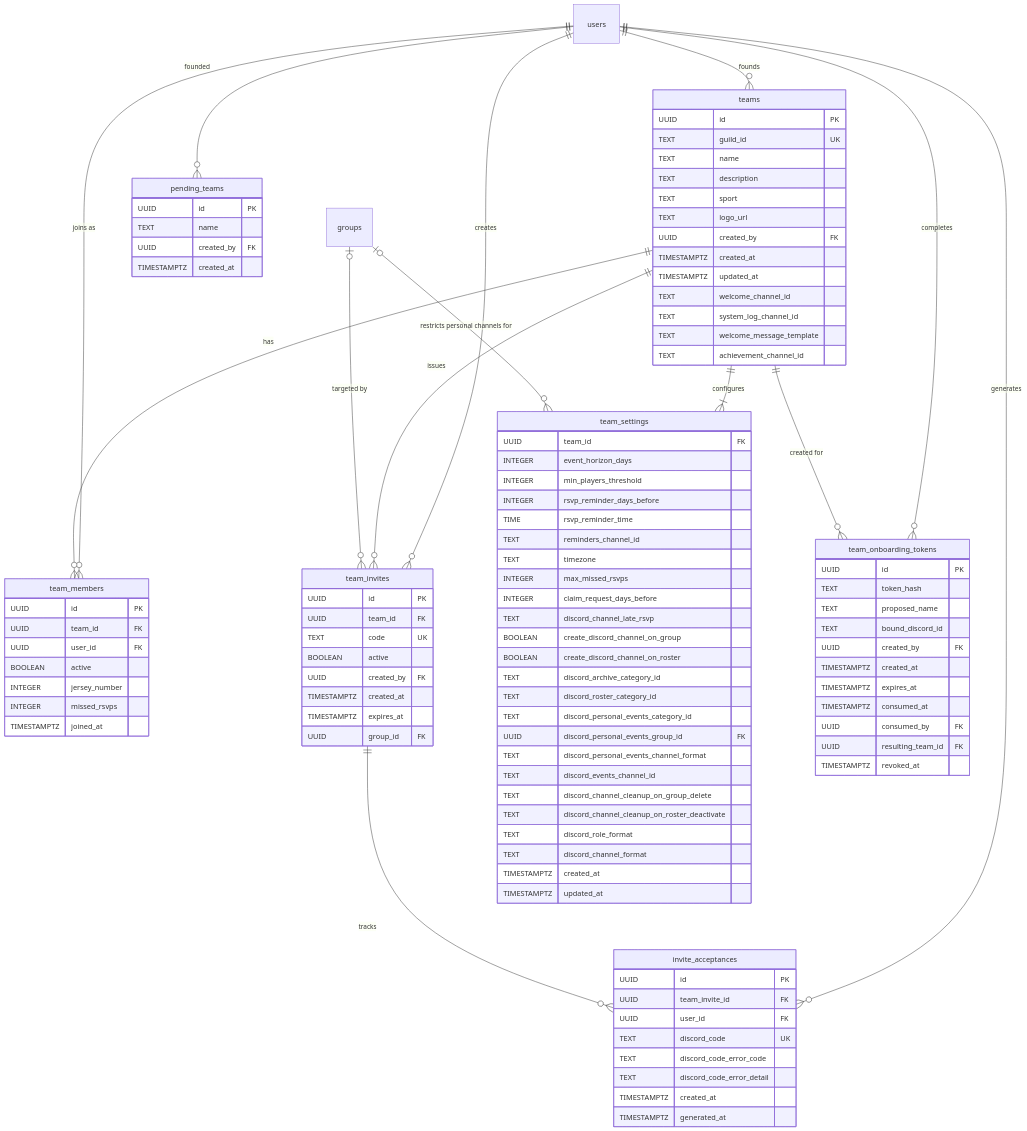
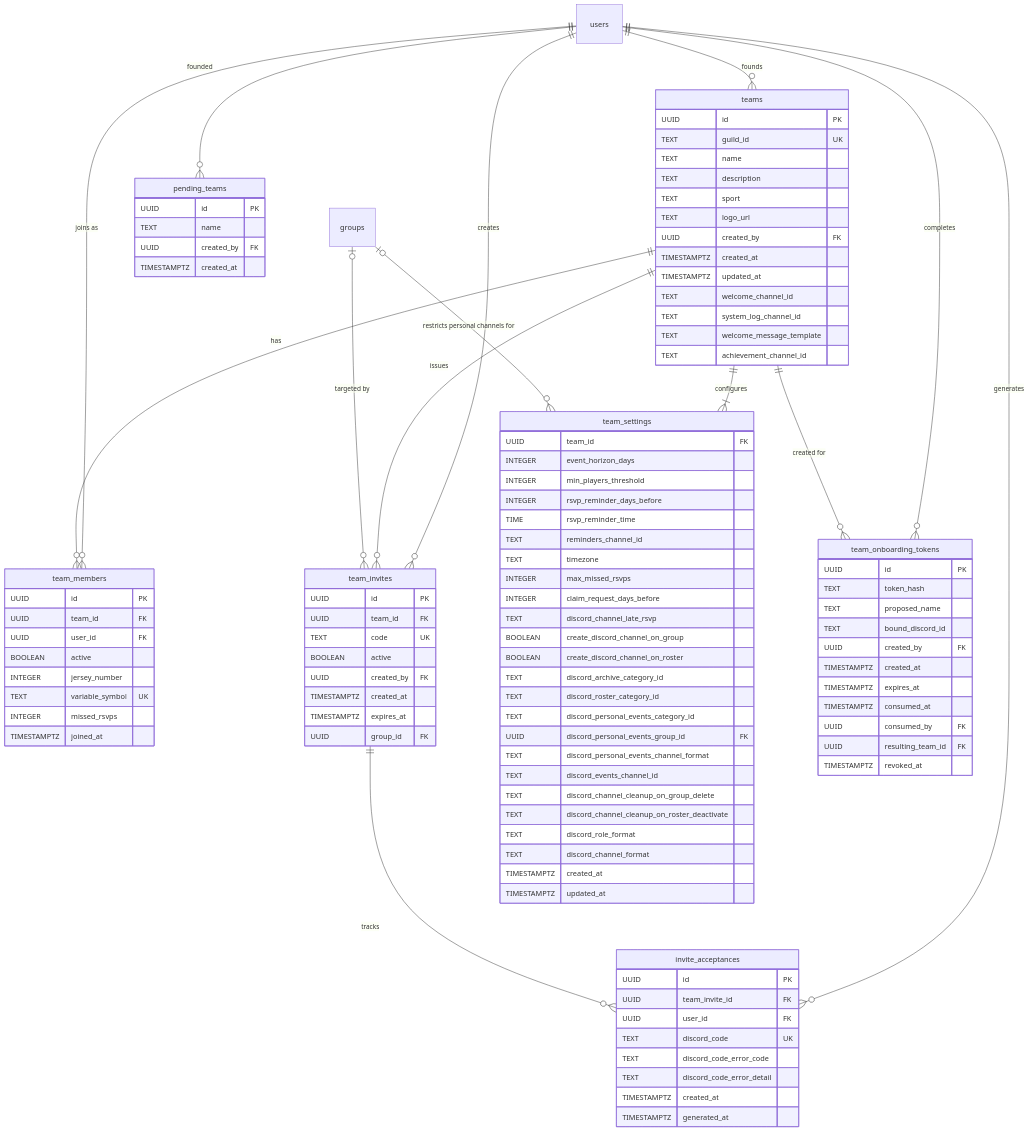
The third of 23 diagrams in docs/thesis/er-diagram.md (sideline-cz/sideline), drawn with Mermaid before and after one commit. The commit also changed other lines of this file and 194 other files, not shown here.

```diff
--- a/docs/thesis/er-diagram.md
+++ b/docs/thesis/er-diagram.md
@@ -250,6 +259,7 @@
         UUID user_id FK
         BOOLEAN active
         INTEGER jersey_number
+        TEXT variable_symbol UK
         INTEGER missed_rsvps
         TIMESTAMPTZ joined_at
     }
```
